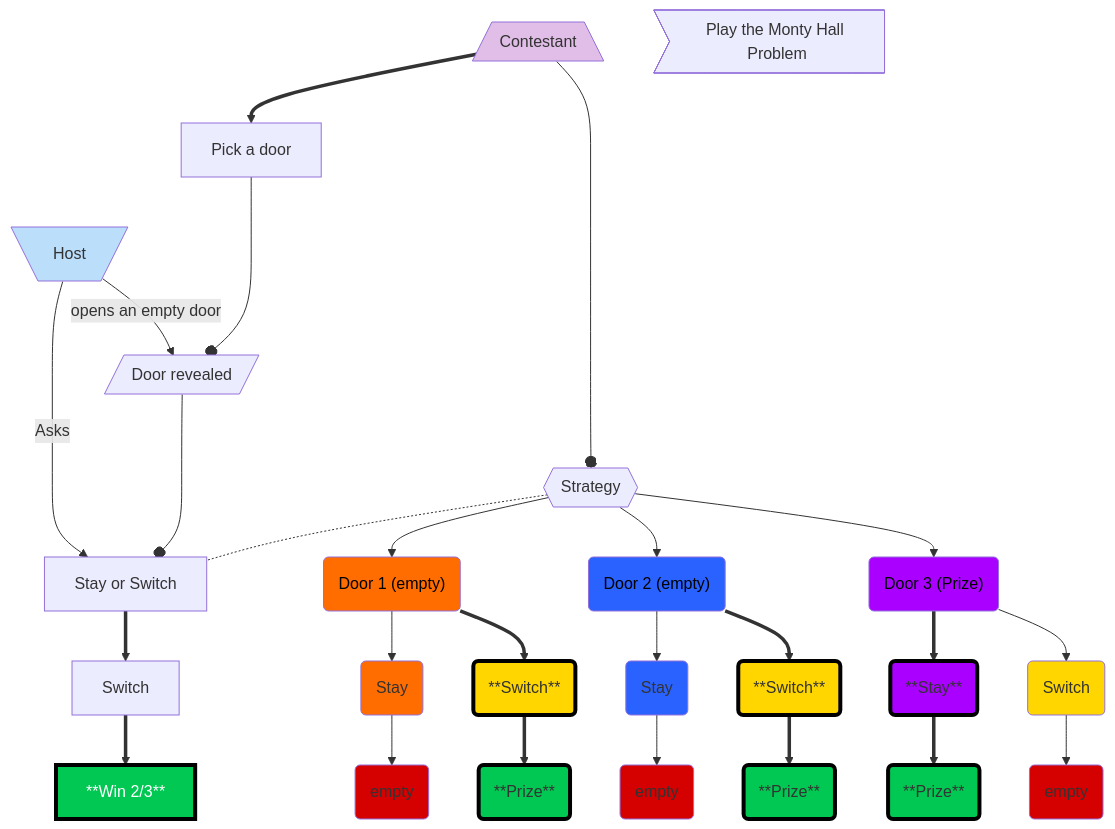
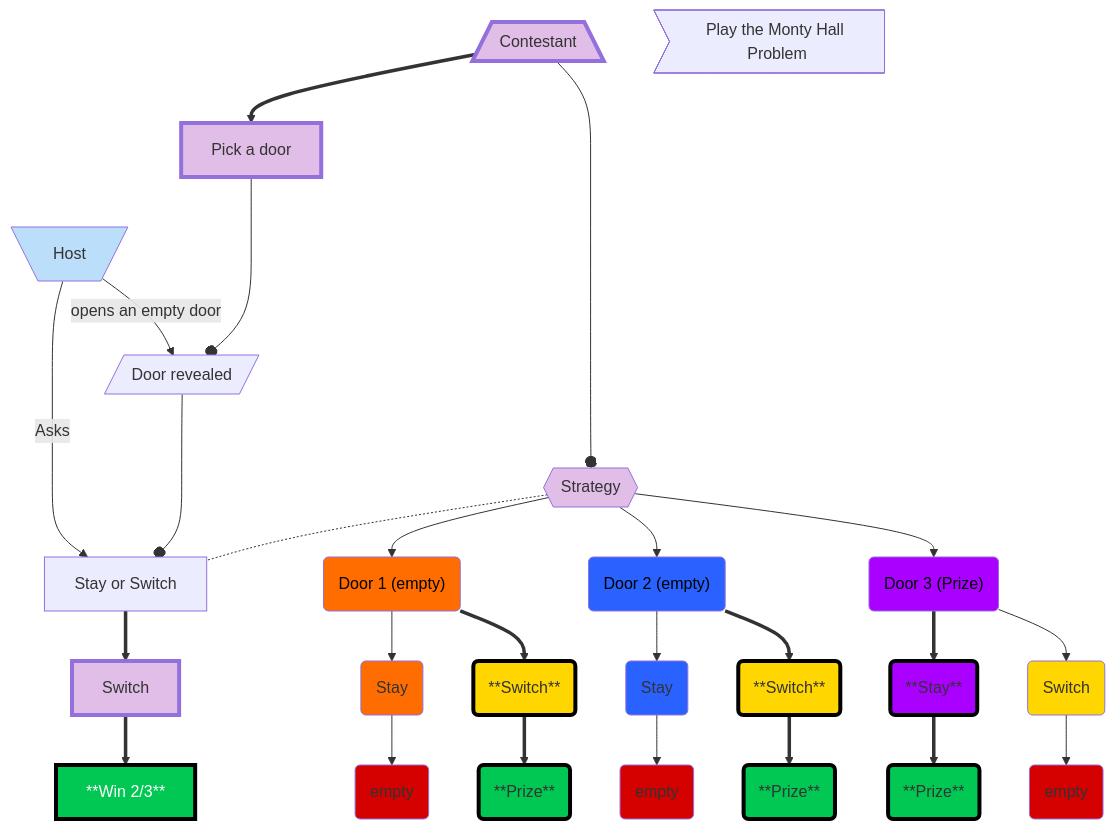
One commit to BADmommydale/BADmommydale.github.io changed the diagram in MontyHallPromblemStrategy.md. Above: the diagram before and after it, drawn with Mermaid.

Commit message:
Update MontyHallPromblemStrategy.md
made come changes to emphasis contestants path

````diff
--- a/MontyHallPromblemStrategy.md
+++ b/MontyHallPromblemStrategy.md
@@ -1,48 +1,51 @@
 ```mermaid
 flowchart TD
     B["Contestant"] ==> D["Pick a door"]
     C["Host"] -- opens an empty door --> E["Door revealed"]
     D ---o E
     C --Asks--> AB
     E ---o AB["Stay or Switch"]
     AB ==> G["Switch"]
     B ---o H["Strategy"]
     H -.- AB
     H --> I("Door 1 (empty)") & N("Door 2 (empty)") & S("Door 3 (Prize)")
     I --> J("Stay")
     I ==> K("**Switch**")
     J --> L("empty")
     K ==> M("**Prize**")
     N --> O("Stay")
     N ==> P("**Switch**")
     O --> Q("empty")
     P ==> R("**Prize**")
     S ==> T("**Stay**")
     S --> U("Switch")
     T ==> V("**Prize**")
     U --> W("empty")
     G ==> Z["**Win 2/3**"]
     A>"Play the Monty Hall Problem"]
     B@{ shape: trap-b}
     C@{ shape: trap-t}
     E@{ shape: lean-r}
     H@{ shape: hex}
-    style B fill:#E1BEE7
+    style B fill:#E1BEE7, stroke-width:4px,stroke-dasharray: 0
     style C fill:#BBDEFB
+    style D fill:#E1BEE7, stroke-width:4px,stroke-dasharray: 0
+    style G fill:#E1BEE7, stroke-width:4px,stroke-dasharray: 0
+    style H fill:#E1BEE7
     style I color:#000000,fill:#FF6D00
     style N color:#000000,fill:#2962FF
     style S color:#000000,fill:#AA00FF
     style J fill:#FF6D00
     style K fill:#FFD600,stroke-width:4px,stroke-dasharray: 0,stroke:#000000
     style L fill:#D50000
     style M fill:#00C853,stroke-width:4px,stroke-dasharray: 0,stroke:#000000
     style O fill:#2962FF
     style P fill:#FFD600,stroke-width:4px,stroke-dasharray: 0,stroke:#000000
     style Q fill:#D50000
     style R fill:#00C853,stroke-width:4px,stroke-dasharray: 0,stroke:#000000
     style T fill:#AA00FF,stroke-width:4px,stroke-dasharray: 0,stroke:#000000
     style U fill:#FFD600
     style V fill:#00C853,stroke-width:4px,stroke-dasharray: 0,stroke:#000000
     style W fill:#D50000
     style Z fill:#00C853,color:#FFFFFF,stroke-width:4px,stroke-dasharray: 0,stroke:#000000
 ```
````
